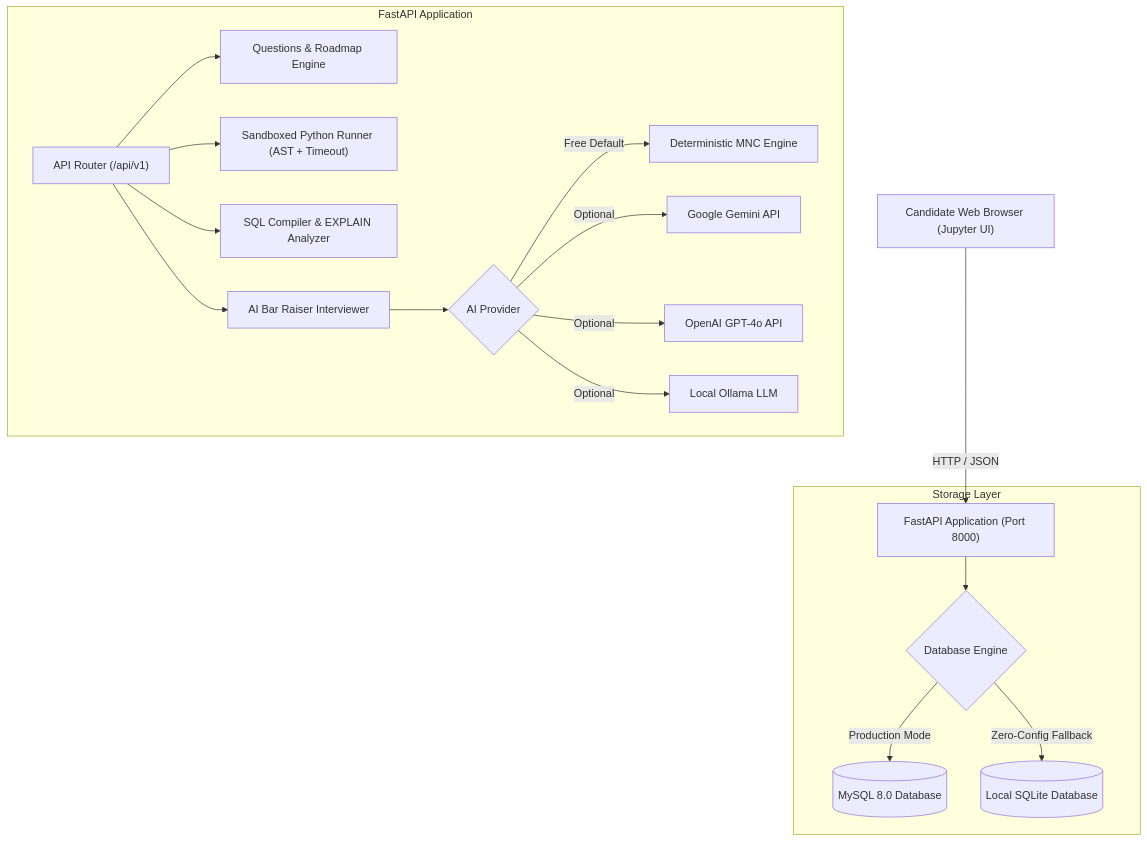
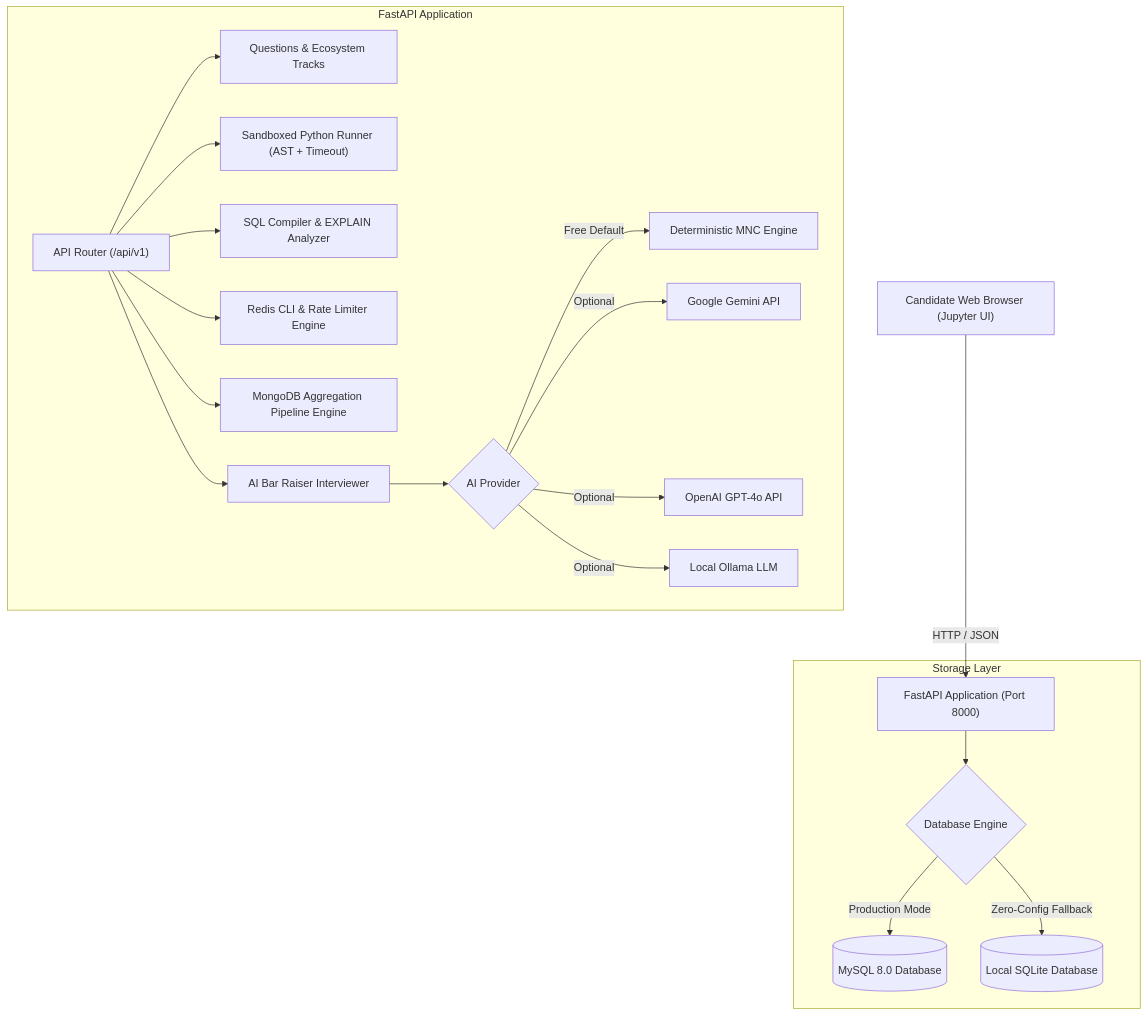
One commit to vivekjais16/backend_interview_trainer_dev changed the diagram in README.md. Above: the diagram before and after it, drawn with Mermaid. The commit also changed other lines of this file and 16 other files, not shown here.

Commit message:
feat: expand interview trainer to full backend ecosystem (Postgres, Mongo, Redis, Kafka, Celery, Docker, K8s, CI/CD)

````diff
--- a/README.md
+++ b/README.md
@@ -80,26 +54,28 @@
 ```mermaid
 graph TD
     User["Candidate Web Browser (Jupyter UI)"] -->|HTTP / JSON| FastAPI["FastAPI Application (Port 8000)"]
     
     subgraph FastAPI Application
         Router["API Router (/api/v1)"]
         
-        Router --> Questions["Questions & Roadmap Engine"]
+        Router --> Questions["Questions & Ecosystem Tracks"]
         Router --> PyRunner["Sandboxed Python Runner (AST + Timeout)"]
         Router --> SQLRunner["SQL Compiler & EXPLAIN Analyzer"]
+        Router --> RedisRunner["Redis CLI & Rate Limiter Engine"]
+        Router --> MongoRunner["MongoDB Aggregation Pipeline Engine"]
         Router --> InterviewEngine["AI Bar Raiser Interviewer"]
         
         InterviewEngine --> AIAdapter{"AI Provider"}
         AIAdapter -->|Free Default| OfflineEngine["Deterministic MNC Engine"]
         AIAdapter -->|Optional| Gemini["Google Gemini API"]
         AIAdapter -->|Optional| OpenAI["OpenAI GPT-4o API"]
         AIAdapter -->|Optional| Ollama["Local Ollama LLM"]
     end
     
     subgraph Storage Layer
         DBEngine{"Database Engine"}
         FastAPI --> DBEngine
         DBEngine -->|Production Mode| MySQL[("MySQL 8.0 Database")]
         DBEngine -->|Zero-Config Fallback| SQLite[("Local SQLite Database")]
     end
 ```
````
